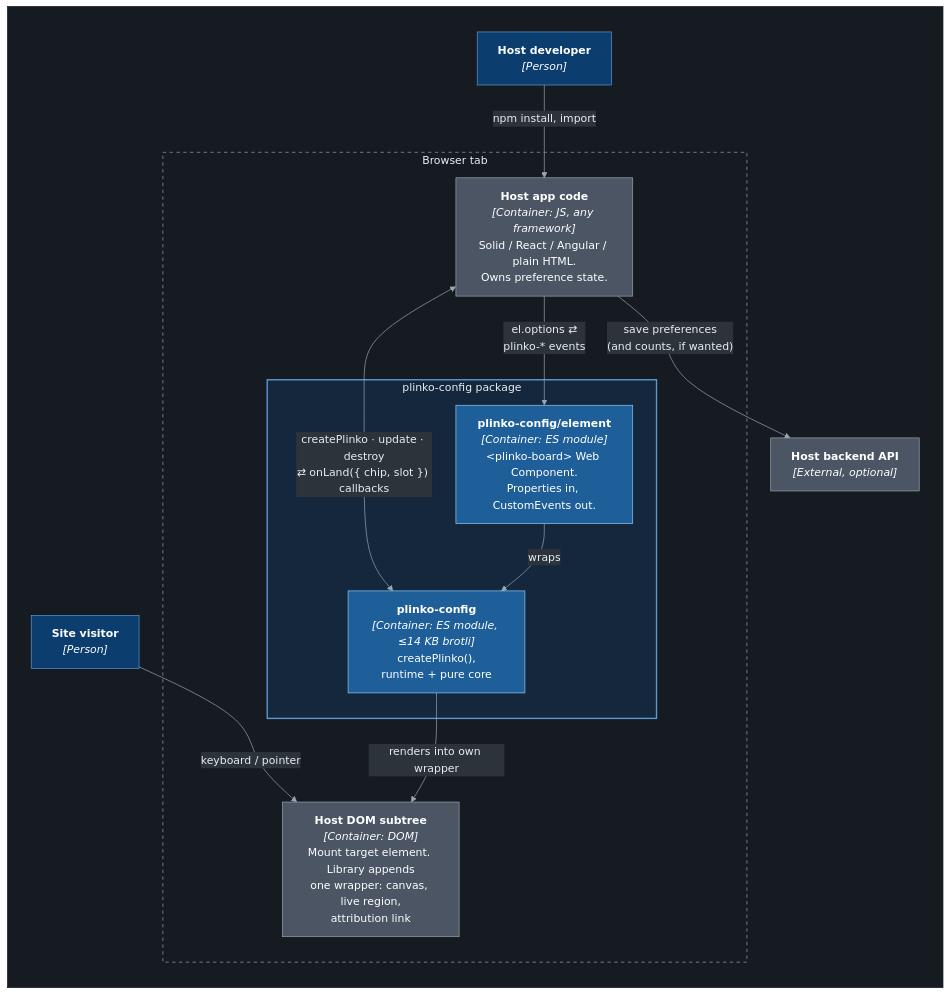
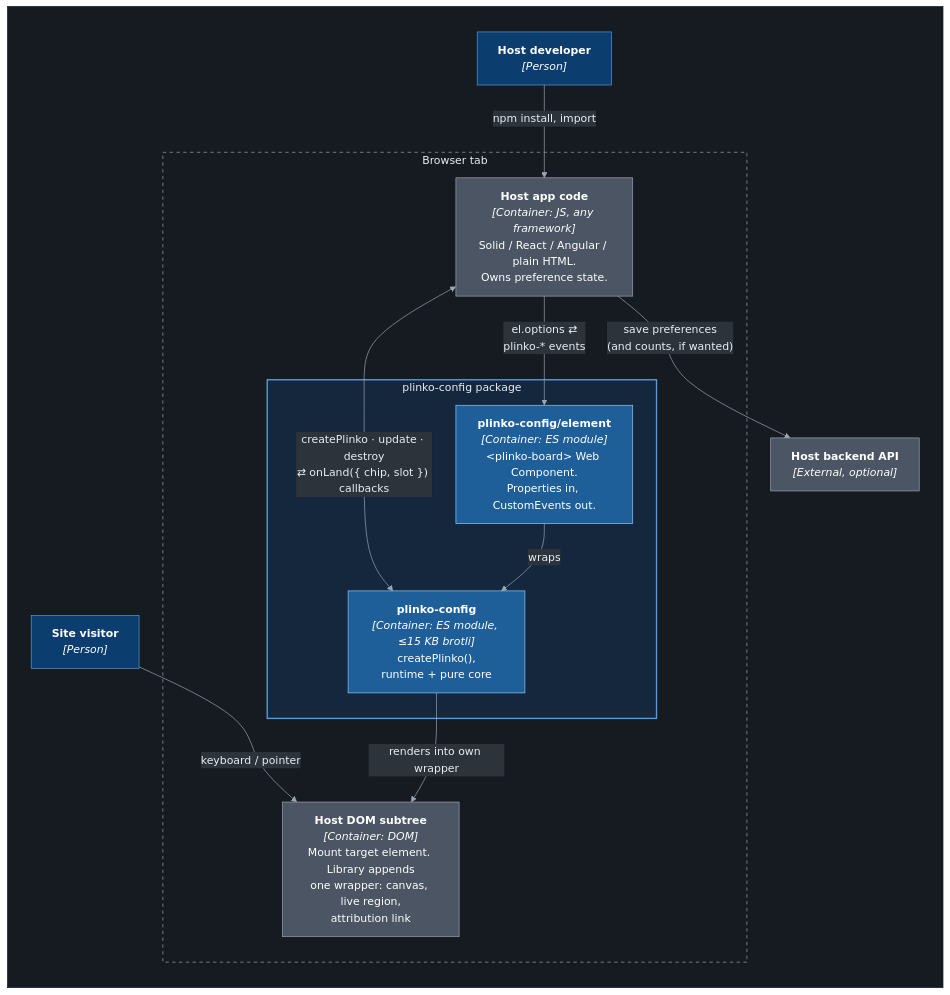
One commit to alanbickel/plinko-config changed the second of 10 diagrams in docs/ARCHITECTURE.md. Above: the diagram before and after it, drawn with Mermaid. The commit also changed other lines of this file and 13 other files, not shown here.

````diff
--- a/docs/ARCHITECTURE.md
+++ b/docs/ARCHITECTURE.md
@@ -67,38 +67,38 @@
 ```mermaid
 %%{init: {"theme":"base","themeVariables":{"lineColor":"#9aa7b4","textColor":"#e6edf3","primaryTextColor":"#e6edf3","edgeLabelBackground":"#2d333b","clusterBkg":"#161b22","clusterBorder":"#30363d","titleColor":"#e6edf3"}}}%%
 flowchart TB
     subgraph canvas[" "]
         direction TB
 
         dev["<b>Host developer</b><br/><i>[Person]</i>"]:::person
         visitor["<b>Site visitor</b><br/><i>[Person]</i>"]:::person
 
         subgraph browser["Browser tab"]
             hostApp["<b>Host app code</b><br/><i>[Container: JS, any framework]</i><br/>Solid / React / Angular / plain HTML.<br/>Owns preference state."]:::external
 
             subgraph pkg["plinko-config package"]
                 element["<b>plinko-config/element</b><br/><i>[Container: ES module]</i><br/>&lt;plinko-board&gt; Web Component.<br/>Properties in, CustomEvents out."]:::container
-                core["<b>plinko-config</b><br/><i>[Container: ES module, ≤14 KB brotli]</i><br/>createPlinko(),<br/>runtime + pure core"]:::container
+                core["<b>plinko-config</b><br/><i>[Container: ES module, ≤15 KB brotli]</i><br/>createPlinko(),<br/>runtime + pure core"]:::container
             end
 
             dom["<b>Host DOM subtree</b><br/><i>[Container: DOM]</i><br/>Mount target element. Library appends<br/>one wrapper: canvas, live region,<br/>attribution link"]:::external
         end
 
         backend["<b>Host backend API</b><br/><i>[External, optional]</i>"]:::external
 
         dev -- "npm install, import" --> hostApp
         hostApp -- "el.options ⇄<br/>plinko-* events" --> element
         hostApp <-- "createPlinko · update · destroy<br/>⇄ onLand({ chip, slot }) callbacks" --> core
         element -- "wraps" --> core
         visitor -- "keyboard / pointer" --> dom
         core -- "renders into own wrapper" --> dom
         hostApp -- "save preferences<br/>(and counts, if wanted)" --> backend
     end
 
     classDef person fill:#0b3d6e,stroke:#5b9bd5,color:#ffffff
     classDef container fill:#1f5f99,stroke:#90caf9,color:#ffffff
     classDef external fill:#4b5563,stroke:#9ca3af,color:#ffffff
     style canvas fill:#161b22,stroke:#161b22
     style browser fill:#161b22,stroke:#9ca3af,stroke-dasharray:5 5,color:#e6edf3
     style pkg fill:#14273d,stroke:#5b9bd5,stroke-width:2px,color:#e6edf3
 ```
````
